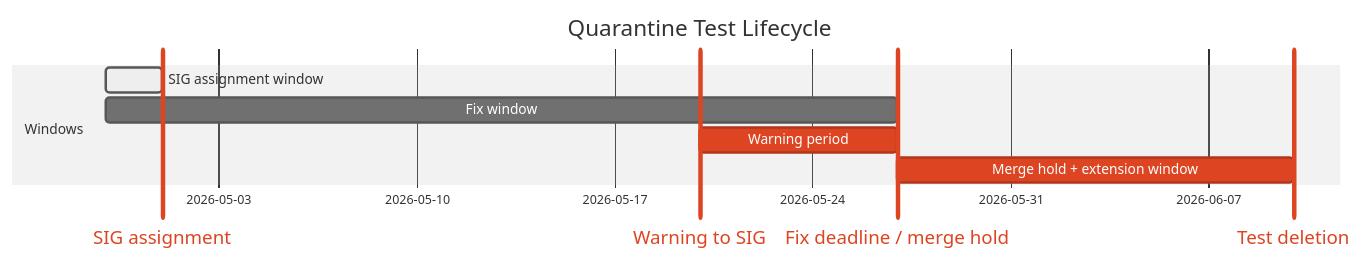
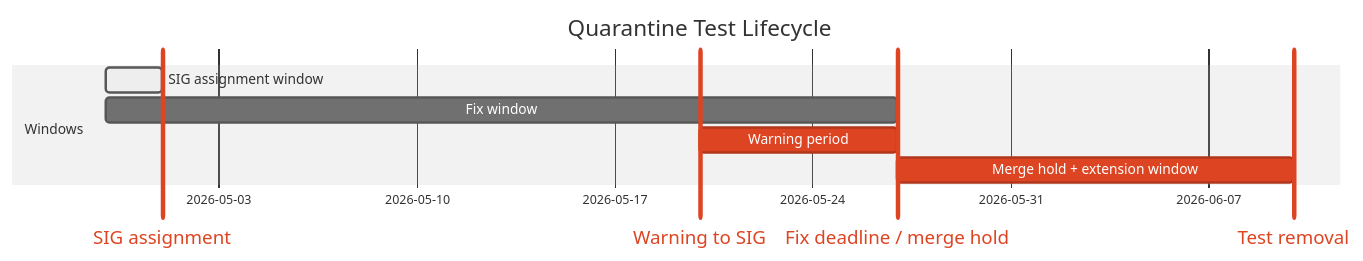
One commit to kubevirt/kubevirt changed the diagram in docs/quarantine.md. Above: the diagram before and after it, drawn with Mermaid (neutral theme). The commit also changed other lines of this file, not shown here.

First line of the commit message:
docs: add test removal options (delete vs PEntry) to quarantine lifecycle

````diff
--- a/docs/quarantine.md
+++ b/docs/quarantine.md
@@ -64,16 +64,16 @@
 ```mermaid
 gantt
     title Quarantine Test Lifecycle
     dateFormat YYYY-MM-DD
     tickInterval 1week
 
     section Windows
         SIG assignment              :vert, m1, 2026-05-01, 0d
         Warning to SIG              :vert, m2, 2026-05-20, 0d
         Fix deadline / merge hold   :vert, m3, 2026-05-27, 0d
-        Test deletion               :vert, m4, 2026-06-10, 0d
+        Test removal                :vert, m4, 2026-06-10, 0d
         SIG assignment window             :active, sig, 2026-04-29, 2d
         Fix window                        :fix, 2026-04-29, 28d
         Warning period                    :crit, warn, 2026-05-20, 7d
         Merge hold + extension window     :crit, ext, 2026-05-27, 14d
 ```
````
